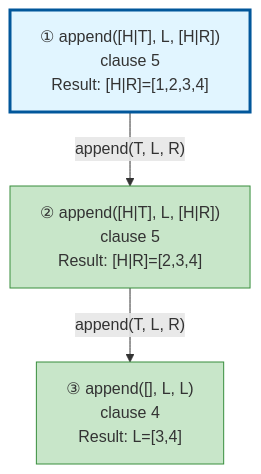
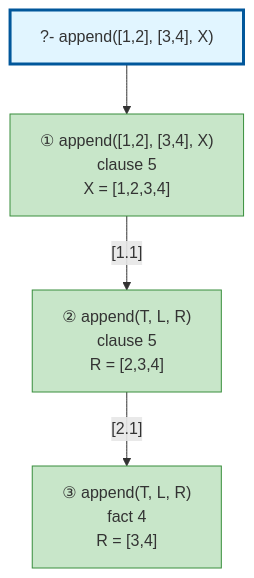
The diagram in examples/append-output.md (textologylabs/prolog-trace-viz), drawn with Mermaid before and after one commit. The commit also changed 8 other files, not shown here.

First line of the commit message:
🐛 render the Mermaid call tree from the timeline, not the level-keyed builder

````diff
--- a/examples/append-output.md
+++ b/examples/append-output.md
@@ -50,17 +50,20 @@
 ```mermaid
 graph TD
 
 %% Nodes
-A["① append([H|T], L, [H|R])<br/>clause 5<br/>Result: [H|R]=[1,2,3,4]"]
-B["② append([H|T], L, [H|R])<br/>clause 5<br/>Result: [H|R]=[2,3,4]"]
-C["③ append([], L, L)<br/>clause 4<br/>Result: L=[3,4]"]
+A["?- append([1,2], [3,4], X)"]
+B["① append([1,2], [3,4], X)<br/>clause 5<br/>X = [1,2,3,4]"]
+C["② append(T, L, R)<br/>clause 5<br/>R = [2,3,4]"]
+D["③ append(T, L, R)<br/>fact 4<br/>R = [3,4]"]
 
 %% Edges
-A -->|"append(T, L, R)"| B
-B -->|"append(T, L, R)"| C
+A --> B
+B -->|"[1.1]"| C
+C -->|"[2.1]"| D
 
 %% Styles
 style A fill:#e1f5ff,stroke:#01579b,stroke-width:3px
 style B fill:#c8e6c9,stroke:#388e3c
 style C fill:#c8e6c9,stroke:#388e3c
+style D fill:#c8e6c9,stroke:#388e3c
 ```
````
